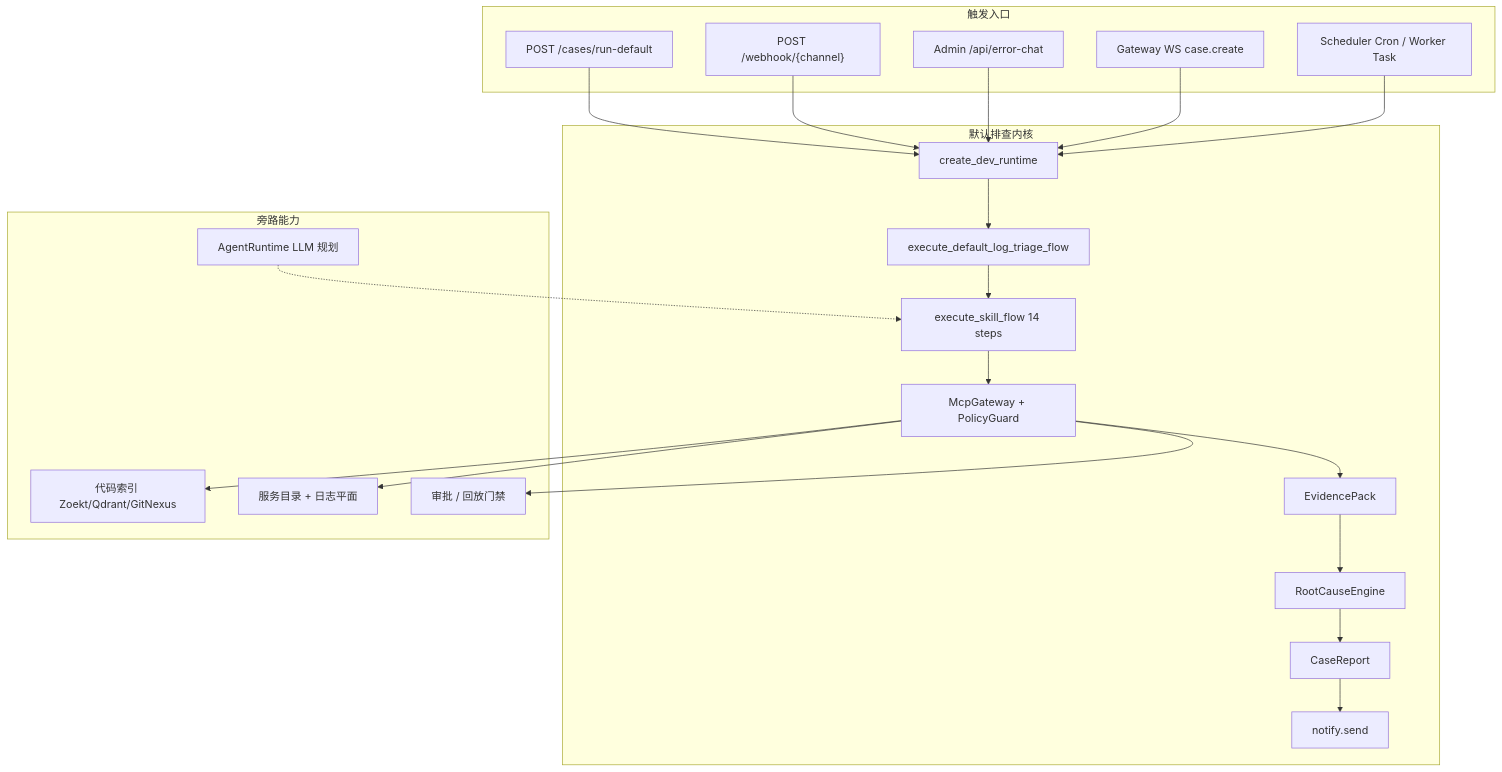
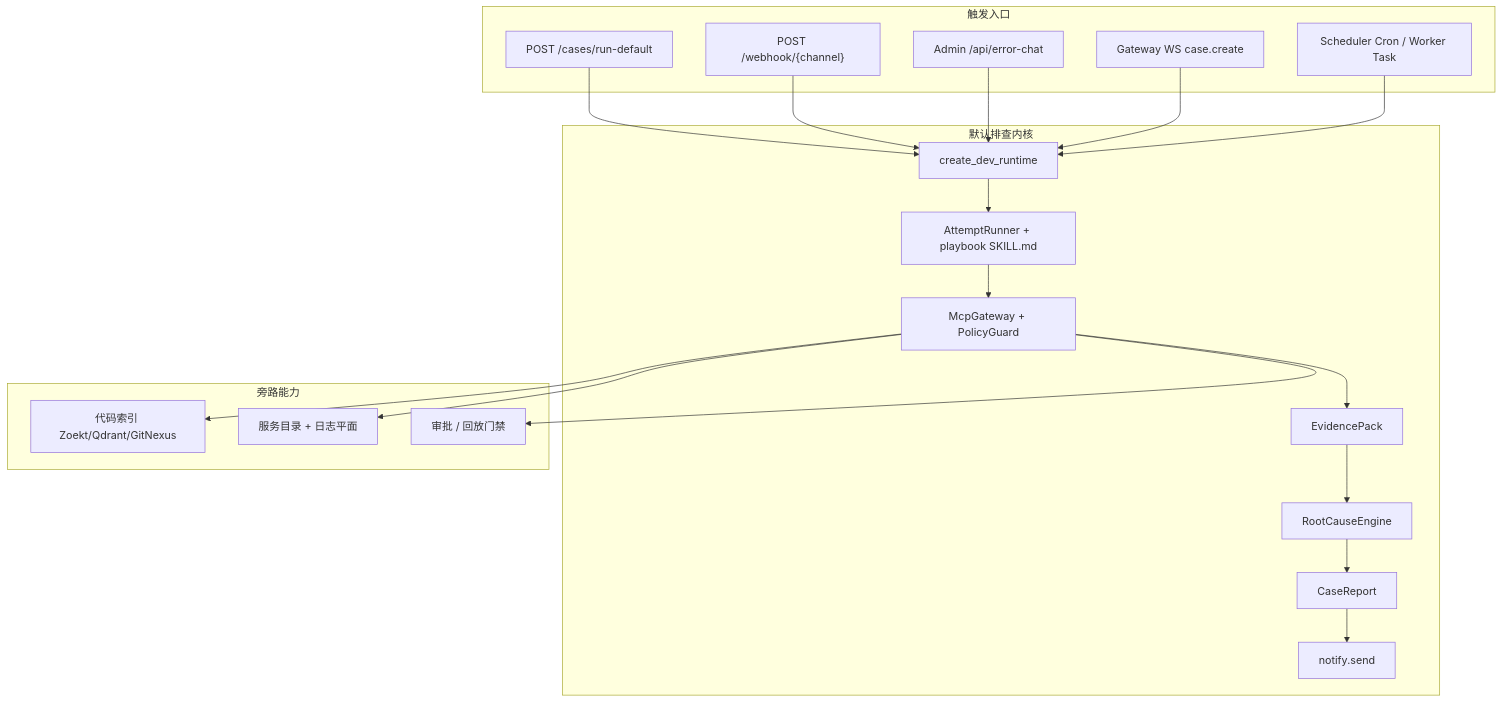
One commit to iceycn/root-seeker-v2 changed the diagram in docs/business-logic/00-overview.md. Above: the diagram before and after it, drawn with Mermaid. The commit also changed other lines of this file and 10 other files, not shown here.

Commit message:
docs(skill): record Agent playbook as default path

````diff
--- a/docs/business-logic/00-overview.md
+++ b/docs/business-logic/00-overview.md
@@ -24,40 +24,37 @@
 ```mermaid
 flowchart TD
   subgraph entries [触发入口]
     API["POST /cases/run-default"]
     WH["POST /webhook/{channel}"]
     ADMIN["Admin /api/error-chat"]
     GW["Gateway WS case.create"]
     CRON["Scheduler Cron / Worker Task"]
   end
 
   subgraph core [默认排查内核]
     BOOT["create_dev_runtime"]
-    FLOW["execute_default_log_triage_flow"]
-    SKILL["execute_skill_flow 14 steps"]
+    AGENT["AttemptRunner + playbook SKILL.md"]
     MCP["McpGateway + PolicyGuard"]
     EV["EvidencePack"]
     RCA["RootCauseEngine"]
     RPT["CaseReport"]
     NTF["notify.send"]
   end
 
   subgraph sides [旁路能力]
     IDX["代码索引 Zoekt/Qdrant/GitNexus"]
     CAT["服务目录 + 日志平面"]
     APPR["审批 / 回放门禁"]
-    AGENT["AgentRuntime LLM 规划"]
   end
 
   API --> BOOT
   WH --> BOOT
   ADMIN --> BOOT
   GW --> BOOT
   CRON --> BOOT
-  BOOT --> FLOW --> SKILL --> MCP
+  BOOT --> AGENT --> MCP
   MCP --> EV --> RCA --> RPT --> NTF
   MCP --> IDX
   MCP --> CAT
   MCP --> APPR
-  AGENT -.-> SKILL
 ```
````
